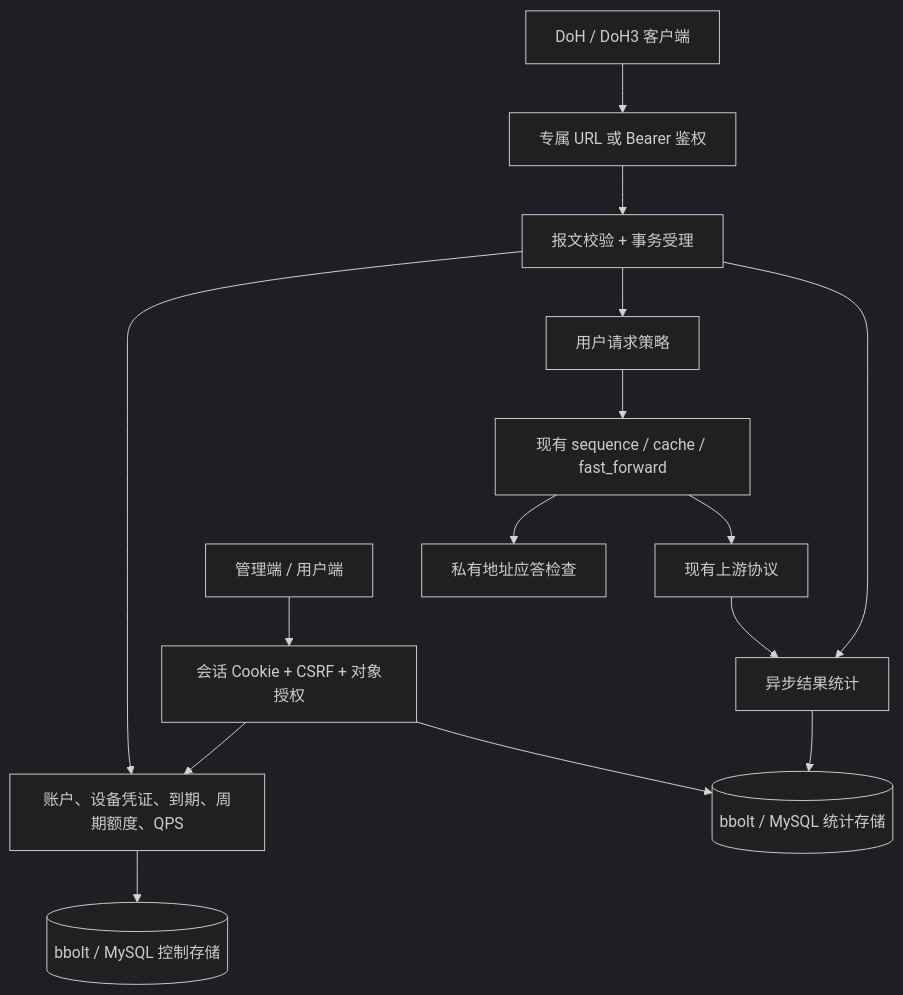
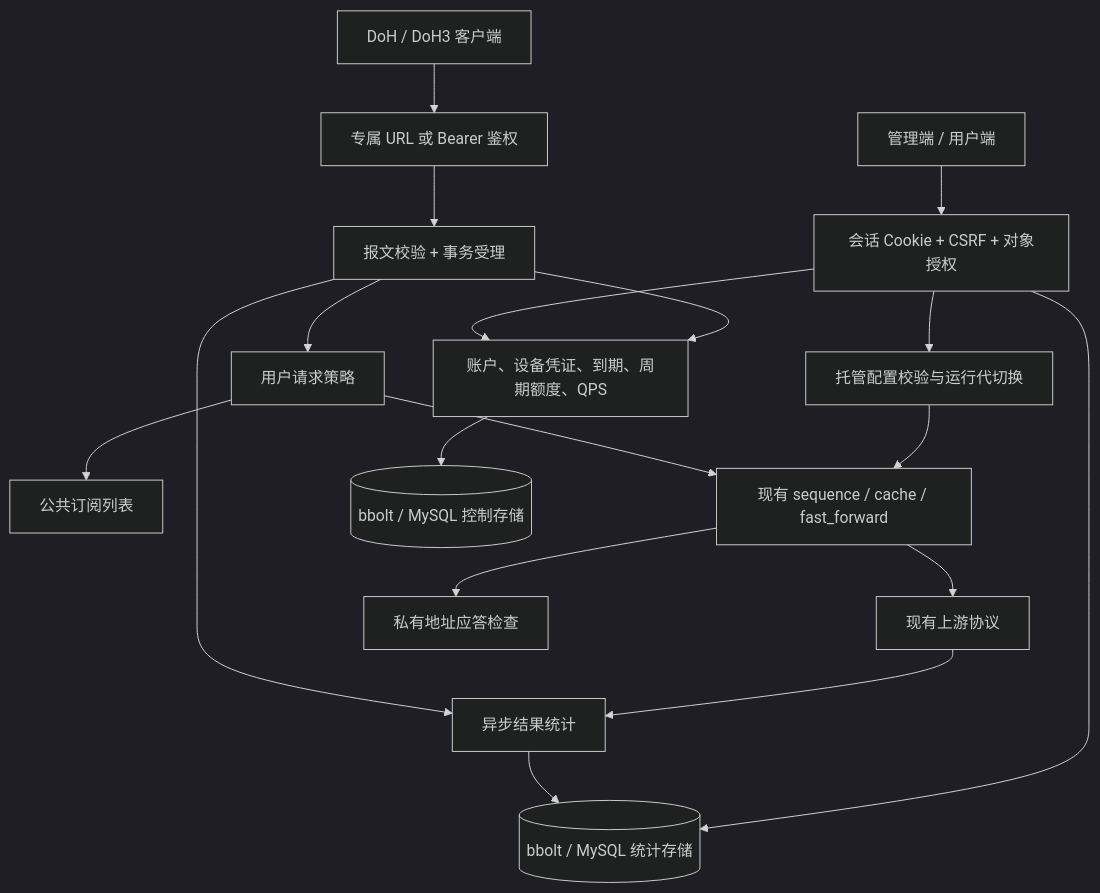
The diagram in docs/service-architecture.md (MiCat-S/mosdns-x), drawn with Mermaid (dark theme) before and after one commit. The commit also changed other lines of this file and 82 other files, not shown here.

Commit message:
feat: add public lists and managed runtime

````diff
--- a/docs/service-architecture.md
+++ b/docs/service-architecture.md
@@ -5,17 +5,20 @@
 ```mermaid
 flowchart TD
   Panel[管理端 / 用户端] --> API[会话 Cookie + CSRF + 对象授权]
   API --> Control[账户、设备凭证、到期、周期额度、QPS]
   Client[DoH / DoH3 客户端] --> Auth[专属 URL 或 Bearer 鉴权]
   Auth --> Entry[报文校验 + 事务受理]
   Entry --> Control
 	Entry --> Policy[用户请求策略]
+	Policy --> Lists[公共订阅列表]
 	Policy --> Chain[现有 sequence / cache / fast_forward]
 	Chain --> Upstream[现有上游协议]
 	Chain --> ResponsePolicy[私有地址应答检查]
   Entry --> Stats[异步结果统计]
   Upstream --> Stats
   Control --> DB[(bbolt / MySQL 控制存储)]
   Stats --> SDB[(bbolt / MySQL 统计存储)]
   API --> SDB
+	API --> Runtime[托管配置校验与运行代切换]
+	Runtime --> Chain
 ```
````
